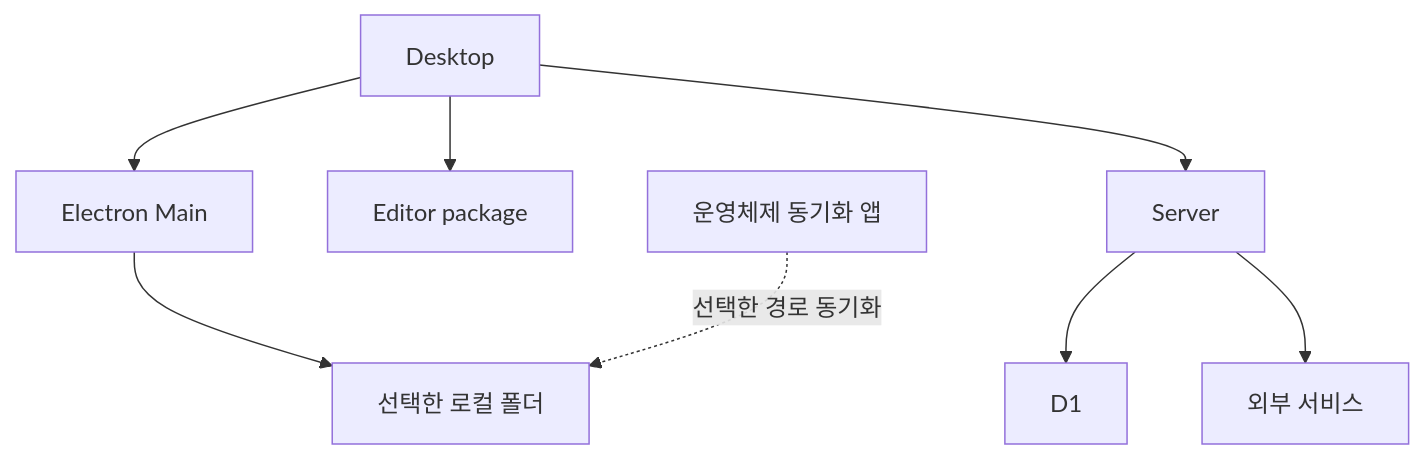
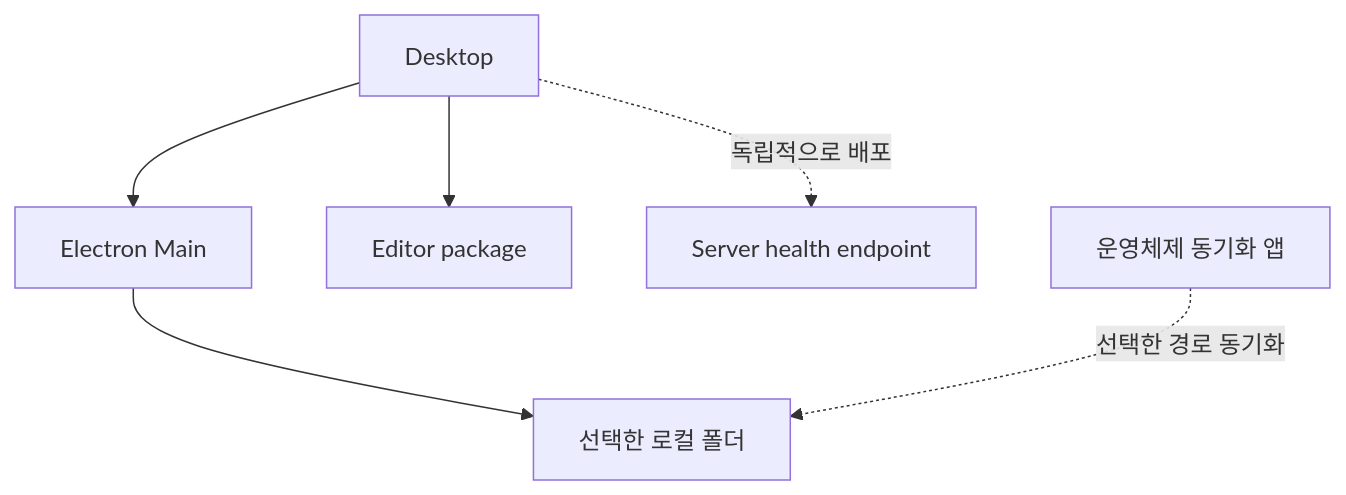
One commit to lkh0310kr/workspace changed the diagram in docs/architecture/01-overview.md. Above: the diagram before and after it, drawn with Mermaid. The commit also changed other lines of this file and 17 other files, not shown here.

````diff
--- a/docs/architecture/01-overview.md
+++ b/docs/architecture/01-overview.md
@@ -15,10 +15,8 @@
 ```mermaid
 flowchart TB
   D[Desktop] --> M[Electron Main]
   M --> FS[선택한 로컬 폴더]
   D --> E[Editor package]
-  D --> S[Server]
-  S --> DB[D1]
-  S --> P[외부 서비스]
+  D -. 독립적으로 배포 .-> S[Server health endpoint]
   G[운영체제 동기화 앱] -. 선택한 경로 동기화 .-> FS
 ```
````
